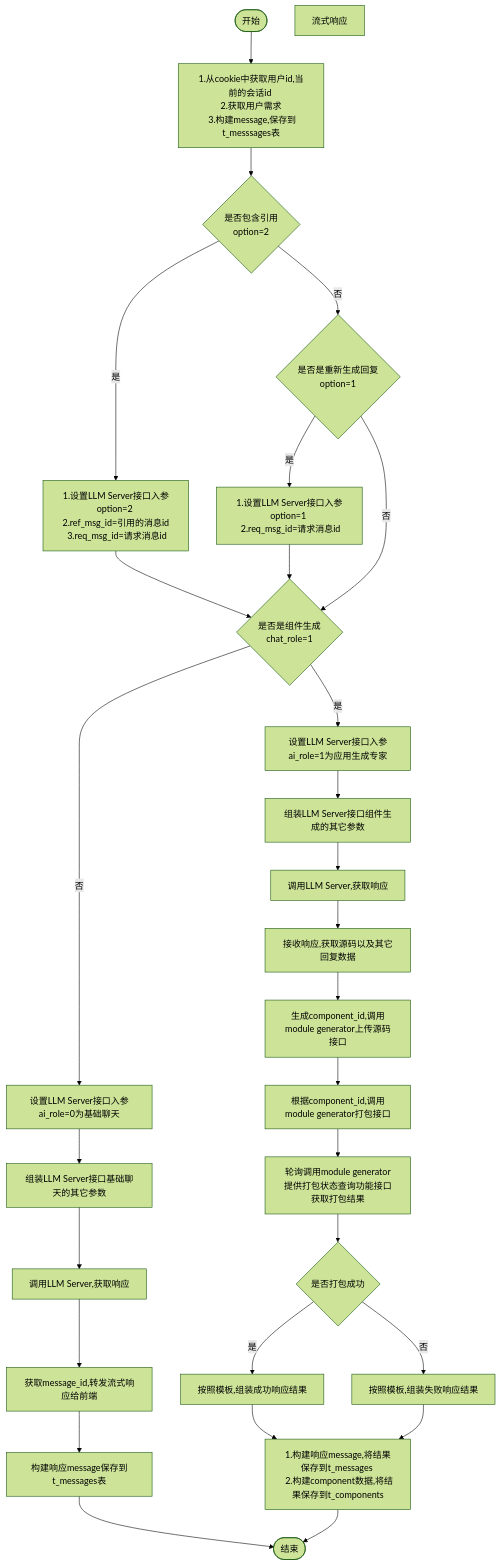
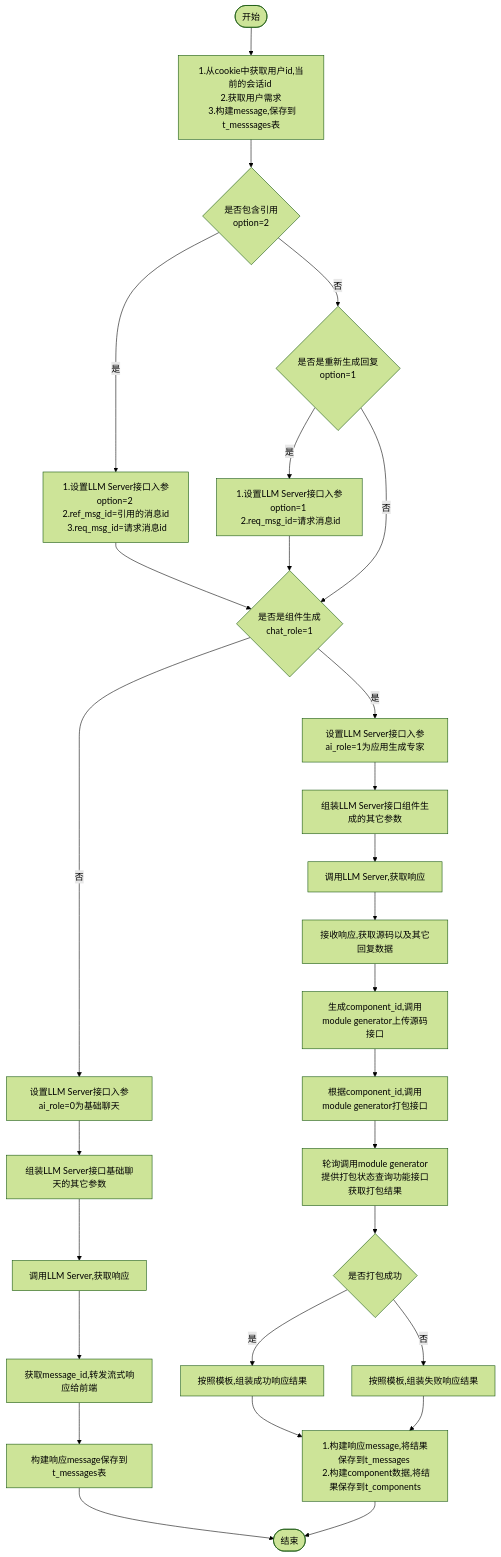
Before and after one commit to yingjianzh/iodraw-files: the diagram in all/w3-会话-不需要传递message.md, drawn with Mermaid (forest theme).

Commit message:
2024-10-15 15:11:57 update

````diff
--- a/all/w3-会话-不需要传递message.md
+++ b/all/w3-会话-不需要传递message.md
@@ -1,35 +1,35 @@
 ```mermaid
 flowchart TD
     A([开始]) --> B[1.从cookie中获取用户id,当前的会话id \n 2.获取用户需求 \n 3.构建message,保存到t_messsages表]
     B--> D{是否包含引用 \n option=2}
     D -- 是 --> E[1.设置LLM Server接口入参option=2 \n 2.ref_msg_id=引用的消息id \n 3.req_msg_id=请求消息id]
     D -- 否 --> F{是否是重新生成回复\n option=1}
     F -- 是 --> G[1.设置LLM Server接口入参option=1 \n 2.req_msg_id=请求消息id]
     F -- 否 --> I
      
     E & G --> I{是否是组件生成 \n chat_role=1}
     I -- 否 --> K[设置LLM Server接口入参ai_role=0为基础聊天]
     I -- 是 --> J[设置LLM Server接口入参ai_role=1为应用生成专家]
     
 
     J --> L[组装LLM Server接口组件生成的其它参数]    
     K --> M[组装LLM Server接口基础聊天的其它参数]    
     M --> N[调用LLM Server,获取响应]    
     N --> O[获取message_id,转发流式响应给前端]
     O --> P[构建响应message保存到t_messages表]
     P --> R([结束])
 
 
     L --> S[调用LLM Server,获取响应]
     S --> T[接收响应,获取源码以及其它回复数据]
     T --> U[生成component_id,调用module generator上传源码接口]
     U --> V[根据component_id,调用module generator打包接口]
     V --> W[轮询调用module generator提供打包状态查询功能接口获取打包结果]
     W --> X{是否打包成功}
     X -- 是 --> Y[按照模板,组装成功响应结果]
     X -- 否 --> Z[按照模板,组装失败响应结果]
-    流式响应
+    Y & X
 
     Y & Z --> Result[1.构建响应message,将结果保存到t_messages \n 2.构建component数据,将结果保存到t_components]
     Result --> R
 ```
````
